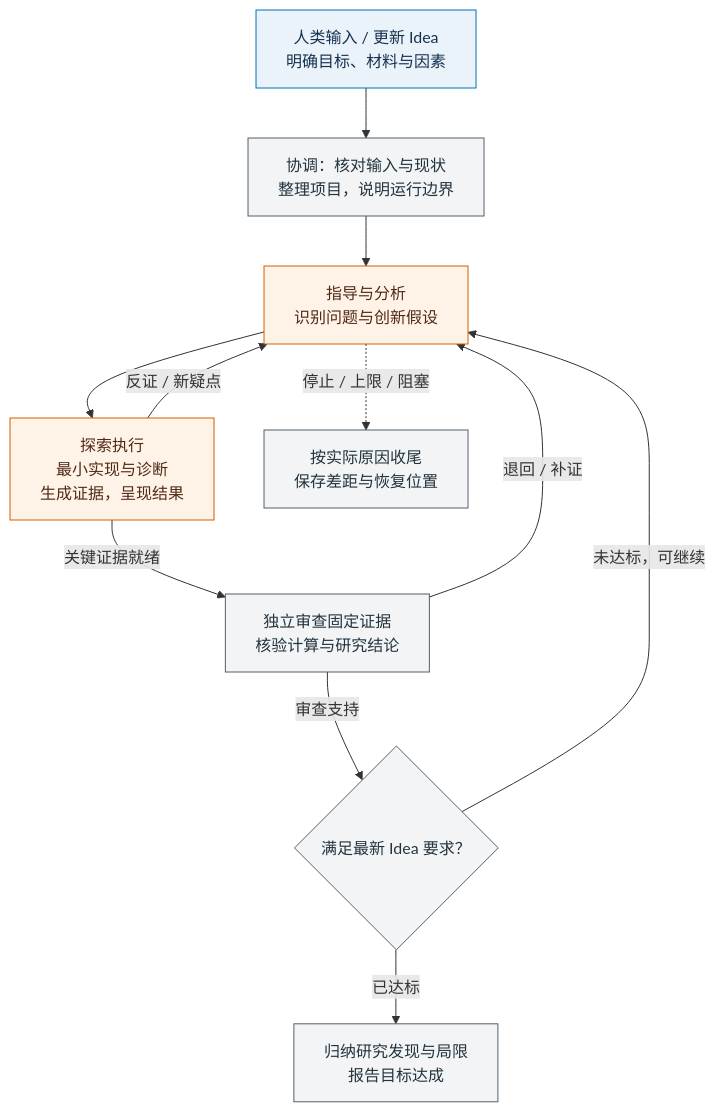
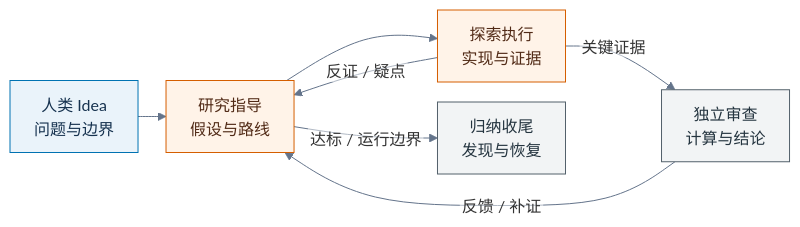
The diagram in README.md (Haichuan-Zhao/Auto-Loop), drawn with Mermaid before and after one commit. The commit also changed other lines of this file and 3 other files, not shown here.

Commit message:
优化中文文档排版与紧凑探索流程图

````diff
--- a/README.md
+++ b/README.md
@@ -144,27 +23,17 @@
 ```mermaid
-flowchart TD
-    H["人类输入 / 更新 Idea<br/>明确目标、材料与因素"]
-    C["协调：核对输入与现状<br/>整理项目，说明运行边界"]
-    G["指导与分析<br/>识别问题与创新假设"]
-    E["探索执行<br/>最小实现与诊断<br/>生成证据，呈现结果"]
-    R["独立审查固定证据<br/>核验计算与研究结论"]
-    A{"满足最新 Idea 要求？"}
-    O["归纳研究发现与局限<br/>报告目标达成"]
-    P["按实际原因收尾<br/>保存差距与恢复位置"]
-
-    H --> C --> G --> E
-    E -->|"反证 / 新疑点"| G
-    E -->|"关键证据就绪"| R
-    R -->|"退回 / 补证"| G
-    R -->|"审查支持"| A
-    A -->|"未达标，可继续"| G
-    A -->|"已达标"| O
-    G -.->|"停止 / 上限 / 阻塞"| P
+%%{init: {"theme":"base","flowchart":{"htmlLabels":false,"nodeSpacing":20,"rankSpacing":28,"padding":12,"diagramPadding":8,"curve":"basis"},"themeVariables":{"fontFamily":"Arial, Microsoft YaHei, PingFang SC, sans-serif","fontSize":"16px","lineColor":"#64748B","edgeLabelBackground":"#FFFFFF"}}}%%
+flowchart LR
+    I["人类 Idea<br/>问题与边界"] --> G["研究指导<br/>假设与路线"]
+    G --> E["探索执行<br/>实现与证据"]
+    E -->|关键证据| R["独立审查<br/>计算与结论"]
+    E -->|反证 / 疑点| G
+    R -->|反馈 / 补证| G
+    G -->|达标 / 运行边界| O["归纳收尾<br/>发现与恢复"]
 
     classDef human fill:#EAF3FA,stroke:#0072B2,color:#16324F
     classDef explore fill:#FFF3E8,stroke:#D55E00,color:#512A16
     classDef review fill:#F2F4F5,stroke:#53616B,color:#24343F
-    class H human
+    class I human
     class G,E explore
-    class C,R,A,O,P review
+    class R,O review
 ```
````
